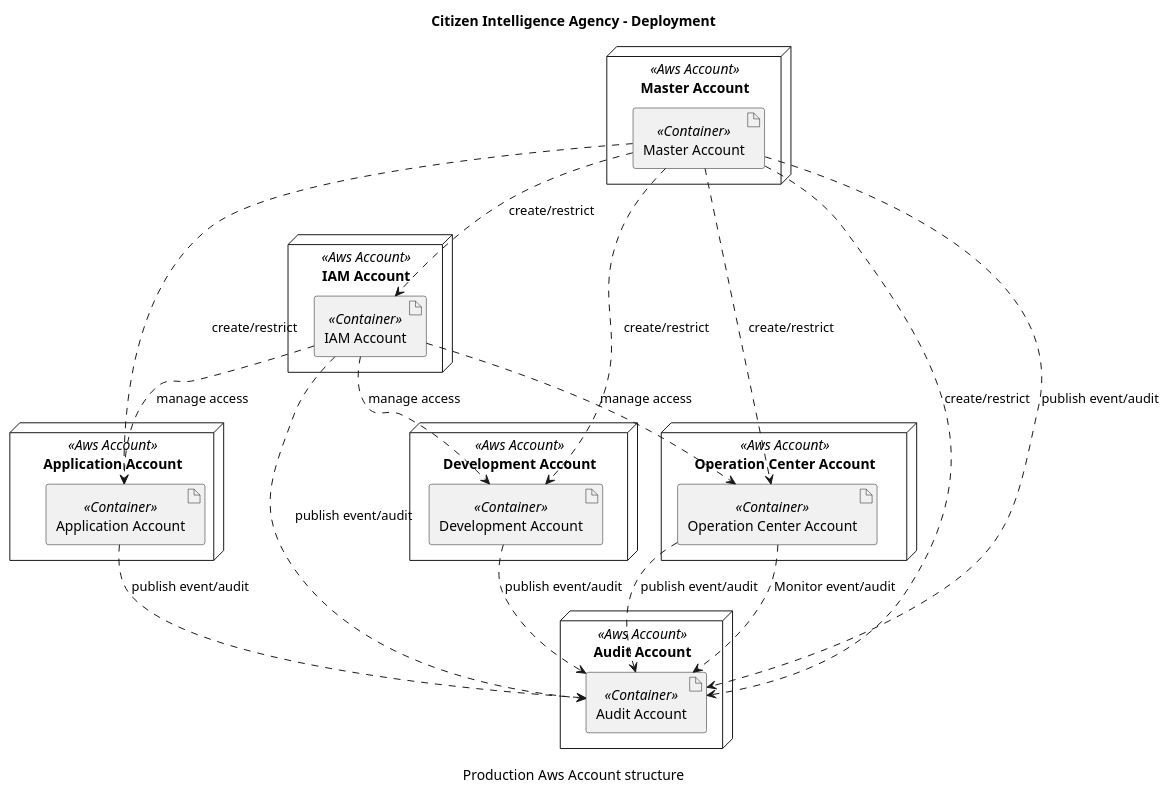
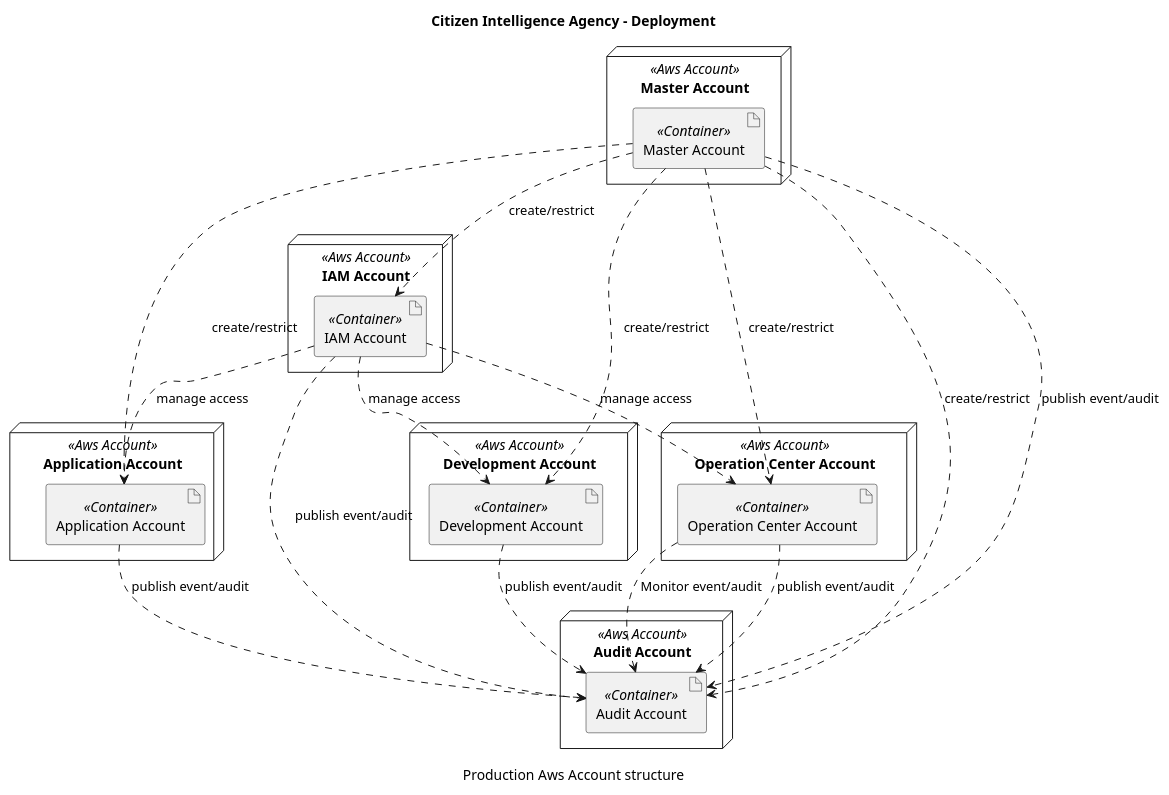
The diagram in architecture/Citizen-Intelligence-Agency-Prod-Aws-Account-Structure.pu (sjvs/cia), drawn with PlantUML before and after one commit. The commit also changed other lines of this file and 1328 other files, not shown here.

```diff
--- a/architecture/Citizen-Intelligence-Agency-Prod-Aws-Account-Structure.pu
+++ b/architecture/Citizen-Intelligence-Agency-Prod-Aws-Account-Structure.pu
@@ -1,36 +1,36 @@
 @startuml
 title Citizen Intelligence Agency - Deployment
 caption Production Aws Account structure
 node "Application Account" <<Aws Account>> as 12 {
   artifact "Application Account" <<Container>> as 34
 }
 node "Audit Account" <<Aws Account>> as 10 {
   artifact "Audit Account" <<Container>> as 30
 }
 node "Development Account" <<Aws Account>> as 6 {
   artifact "Development Account" <<Container>> as 29
 }
 node "IAM Account" <<Aws Account>> as 4 {
   artifact "IAM Account" <<Container>> as 36
 }
 node "Master Account" <<Aws Account>> as 2 {
   artifact "Master Account" <<Container>> as 41
 }
 node "Operation Center Account" <<Aws Account>> as 8 {
   artifact "Operation Center Account" <<Container>> as 28
 }
-36 ..> 34 : manage access
-41 ..> 28 : create/restrict
+36 ..> 28 : manage access
 41 ..> 36 : create/restrict
+41 ..> 30 : create/restrict
+28 ..> 30 : publish event/audit
+29 ..> 30 : publish event/audit
+36 ..> 30 : publish event/audit
+34 ..> 30 : publish event/audit
 28 ..> 30 : Monitor event/audit
-28 ..> 30 : publish event/audit
-36 ..> 28 : manage access
-34 ..> 30 : publish event/audit
-29 ..> 30 : publish event/audit
-41 ..> 29 : create/restrict
-41 ..> 30 : create/restrict
 41 ..> 30 : publish event/audit
 41 ..> 34 : create/restrict
+41 ..> 29 : create/restrict
+41 ..> 28 : create/restrict
+36 ..> 34 : manage access
 36 ..> 29 : manage access
-36 ..> 30 : publish event/audit
 @enduml
```
